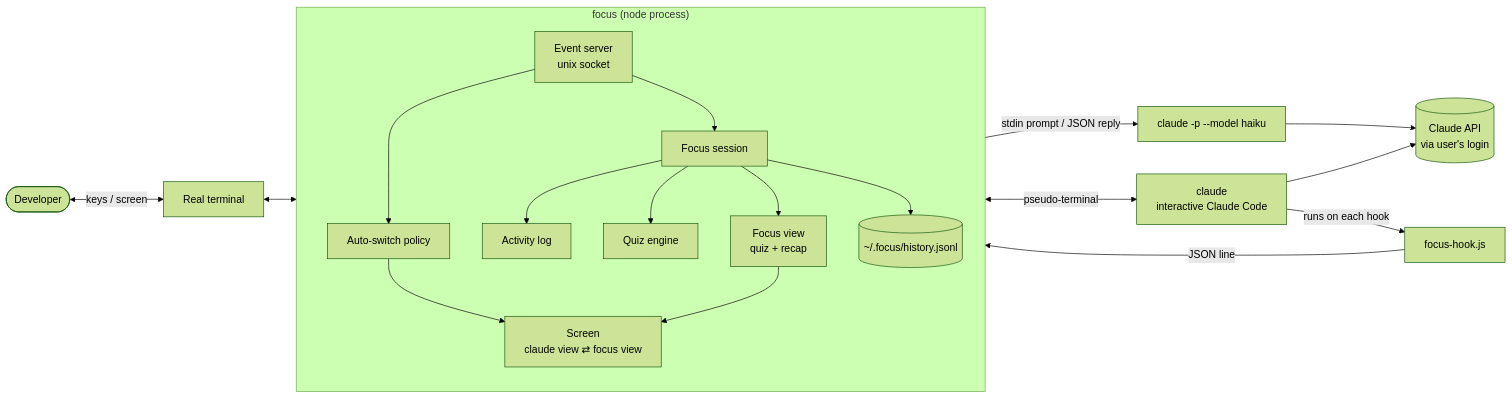
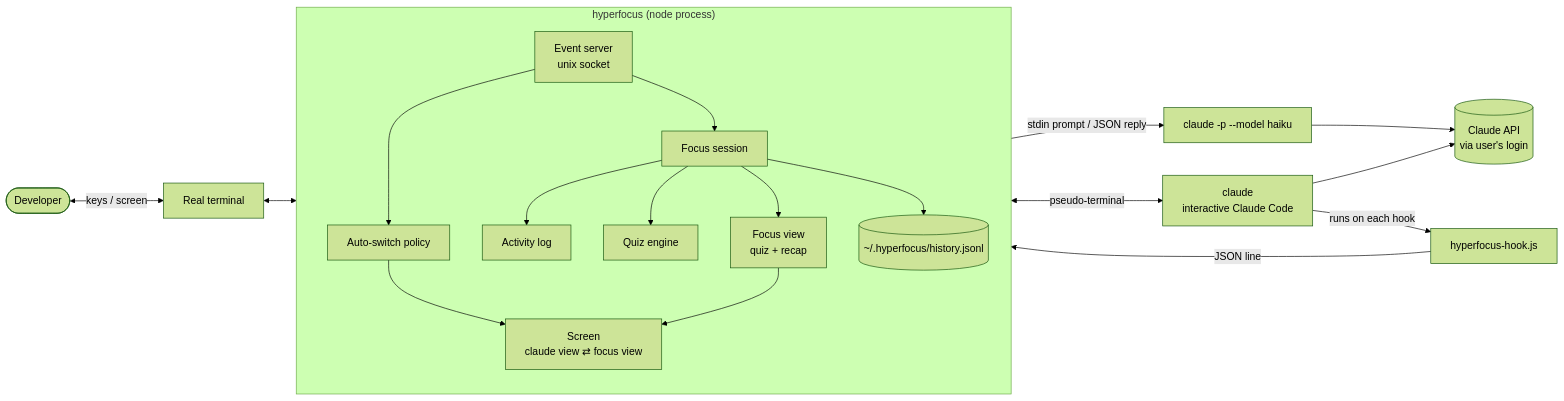
Before and after one commit to TEJASVISJAIN/hyperfocus: the first of 11 diagrams in docs/ARCHITECTURE.md, drawn with Mermaid (forest theme). The commit also changed other lines of this file and 26 other files, not shown here.

````diff
--- a/docs/ARCHITECTURE.md
+++ b/docs/ARCHITECTURE.md
@@ -22,33 +22,33 @@
 ```mermaid
 flowchart LR
     user([Developer]) <-->|keys / screen| tty[Real terminal]
-    tty <--> focus
+    tty <--> hyperfocus
 
-    subgraph focus["focus (node process)"]
+    subgraph hyperfocus["hyperfocus (node process)"]
         direction TB
         screen[Screen<br/>claude view ⇄ focus view]
         policy[Auto-switch policy]
         session[Focus session]
         log[Activity log]
         engine[Quiz engine]
         view[Focus view<br/>quiz + recap]
         server[Event server<br/>unix socket]
-        history[(~/.focus/history.jsonl)]
+        history[(~/.hyperfocus/history.jsonl)]
     end
 
-    focus <-->|pseudo-terminal| claude[claude<br/>interactive Claude Code]
-    claude -->|runs on each hook| hook[focus-hook.js]
+    hyperfocus <-->|pseudo-terminal| claude[claude<br/>interactive Claude Code]
+    claude -->|runs on each hook| hook[hyperfocus-hook.js]
     hook -->|JSON line| server
     engine -->|stdin prompt / JSON reply| haiku[claude -p --model haiku]
     haiku --> api[(Claude API<br/>via user's login)]
     claude --> api
 
     server --> session
     server --> policy
     session --> log
     session --> engine
     session --> view
     policy --> screen
     view --> screen
     session --> history
 ```
````
